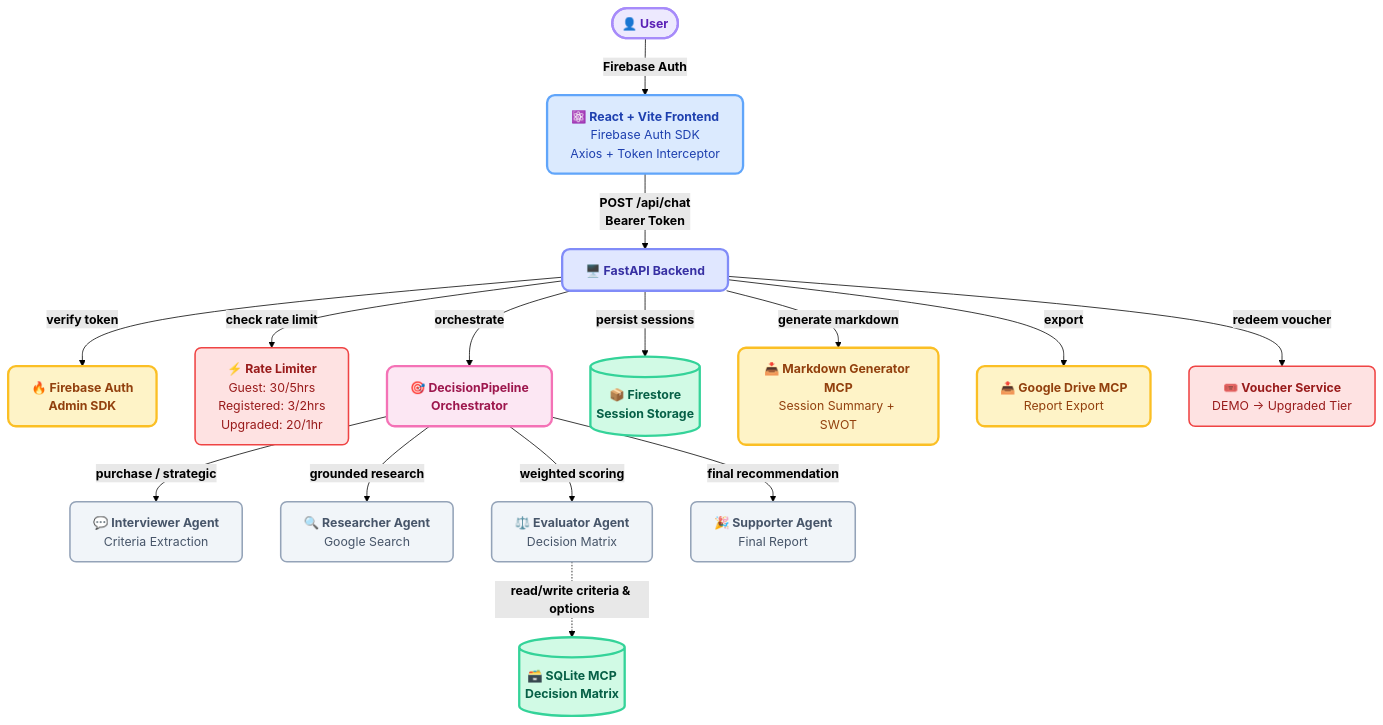
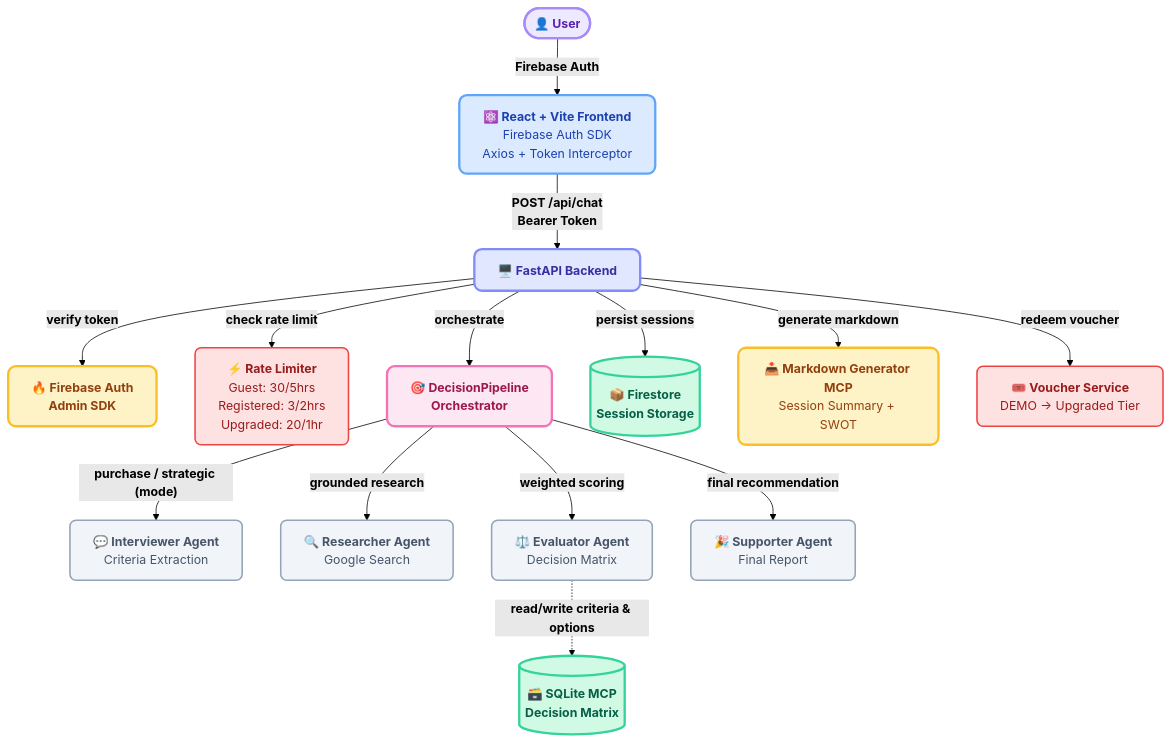
One commit to withered-flowers/apps-hackathon-project-adk changed the fifth of 5 diagrams in README.md. Above: the diagram before and after it, drawn with Mermaid (forest theme). The commit also changed other lines of this file and 1 other file, not shown here.

````diff
--- a/README.md
+++ b/README.md
@@ -195,40 +181,39 @@
 ```mermaid
 graph TD
     classDef userNode fill:#ede9fe,stroke:#a78bfa,color:#5b21b6,stroke-width:3px,rx:10px,ry:10px
     classDef frontendNode fill:#dbeafe,stroke:#60a5fa,color:#1e40af,stroke-width:3px,rx:10px,ry:10px
     classDef backendNode fill:#e0e7ff,stroke:#818cf8,color:#3730a3,stroke-width:3px,rx:10px,ry:10px
     classDef orchestratorNode fill:#fce7f3,stroke:#f472b6,color:#9d174d,stroke-width:3px,rx:10px,ry:10px
     classDef agentNode fill:#f1f5f9,stroke:#94a3b8,color:#475569,stroke-width:2px,rx:8px,ry:8px
     classDef storageNode fill:#d1fae5,stroke:#34d399,color:#065f46,stroke-width:3px,rx:10px,ry:10px
     classDef authNode fill:#fef3c7,stroke:#fbbf24,color:#92400e,stroke-width:3px,rx:10px,ry:10px
     classDef rateNode fill:#fee2e2,stroke:#ef4444,color:#991b1b,stroke-width:2px,rx:8px,ry:8px
     classDef exportNode fill:#fef3c7,stroke:#fbbf24,color:#92400e,stroke-width:3px,rx:10px,ry:10px
 
     User(["<b>👤 User</b>"]) -->|"<b>Firebase Auth</b>"| FE["<b>⚛️ React + Vite Frontend</b><br/>Firebase Auth SDK<br/>Axios + Token Interceptor"]
     FE -->|"<b>POST /api/chat<br/>Bearer Token</b>"| BE["<b>🖥️ FastAPI Backend</b>"]
     BE -->|"<b>verify token</b>"| FA["<b>🔥 Firebase Auth<br/>Admin SDK</b>"]
     BE -->|"<b>check rate limit</b>"| RL["<b>⚡ Rate Limiter</b><br/>Guest: 30/5hrs<br/>Registered: 3/2hrs<br/>Upgraded: 20/1hr"]
     BE -->|"<b>orchestrate</b>"| PA["<b>🎯 DecisionPipeline<br/>Orchestrator</b>"]
 
-    PA -->|"<b>purchase / strategic</b>"| IA["<b>💬 Interviewer Agent</b><br/>Criteria Extraction"]
+    PA -->|"<b>purchase / strategic (mode)</b>"| IA["<b>💬 Interviewer Agent</b><br/>Criteria Extraction"]
     PA -->|"<b>grounded research</b>"| RA["<b>🔍 Researcher Agent</b><br/>Google Search"]
     PA -->|"<b>weighted scoring</b>"| EA["<b>⚖️ Evaluator Agent</b><br/>Decision Matrix"]
     PA -->|"<b>final recommendation</b>"| SA["<b>🎉 Supporter Agent</b><br/>Final Report"]
 
     EA -.->|"<b>read/write criteria & options</b>"| MCP[("<b>🗃️ SQLite MCP<br/>Decision Matrix</b>")]
     BE -->|"<b>persist sessions</b>"| FS[("<b>📦 Firestore<br/>Session Storage</b>")]
     BE -->|"<b>generate markdown</b>"| MG["<b>📥 Markdown Generator MCP</b><br/>Session Summary + SWOT"]
-    BE -->|"<b>export</b>"| DM["<b>📤 Google Drive MCP</b><br/>Report Export"]
     BE -->|"<b>redeem voucher</b>"| VS["<b>🎟️ Voucher Service</b><br/>DEMO → Upgraded Tier"]
 
     class User userNode
     class FE frontendNode
     class BE backendNode
     class FA authNode
     class RL rateNode
     class PA orchestratorNode
     class IA,RA,EA,SA agentNode
     class MCP,FS storageNode
-    class DM,MG exportNode
+    class MG exportNode
     class VS rateNode
 ```
````
